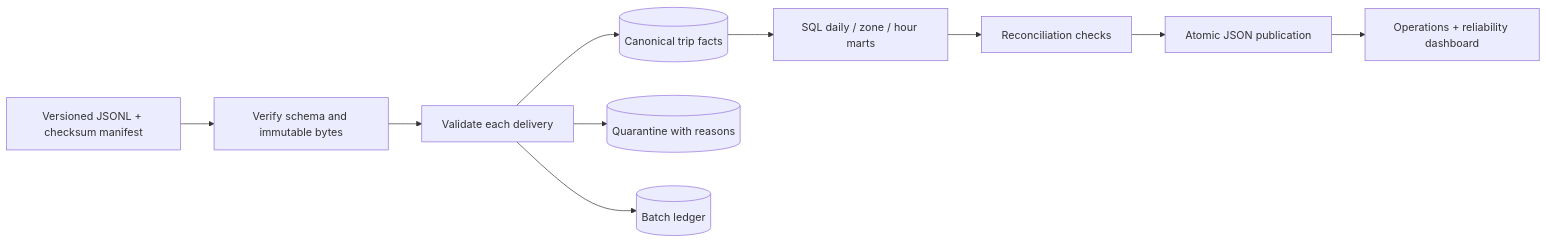
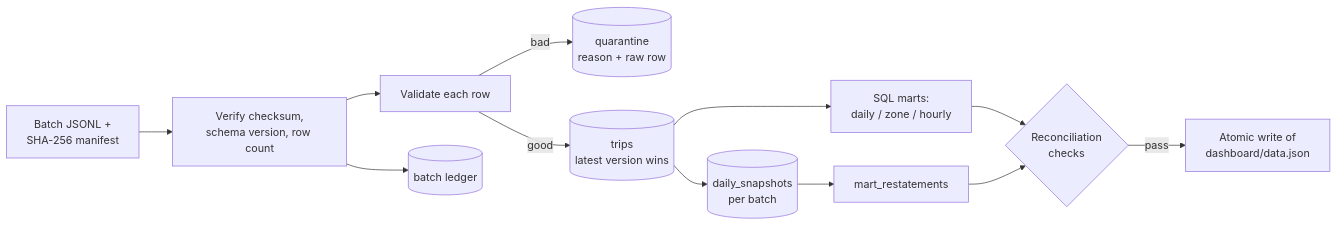
Before and after one commit to beyzamercanse/mobility-pipeline: the diagram in README.md, drawn with Mermaid. The commit also changed other lines of this file and 21 other files, not shown here.

````diff
--- a/README.md
+++ b/README.md
@@ -69,12 +24,14 @@
 ```mermaid
 flowchart LR
-    A[Versioned JSONL + checksum manifest] --> B[Verify schema and immutable bytes]
-    B --> C[Validate each delivery]
-    C --> D[(Canonical trip facts)]
-    C --> E[(Quarantine with reasons)]
-    C --> F[(Batch ledger)]
-    D --> G[SQL daily / zone / hour marts]
-    G --> H[Reconciliation checks]
-    H --> I[Atomic JSON publication]
-    I --> J[Operations + reliability dashboard]
+    A[Batch JSONL +<br>SHA-256 manifest] --> B[Verify checksum,<br>schema version, row count]
+    B --> C[Validate each row]
+    C -- bad --> Q[(quarantine<br>reason + raw row)]
+    C -- good --> D[(trips<br>latest version wins)]
+    D --> S[(daily_snapshots<br>per batch)]
+    B --> L[(batch ledger)]
+    D --> M[SQL marts:<br>daily / zone / hourly]
+    S --> R[mart_restatements]
+    M --> G{Reconciliation<br>checks}
+    R --> G
+    G -- pass --> P[Atomic write of<br>dashboard/data.json]
 ```
````
